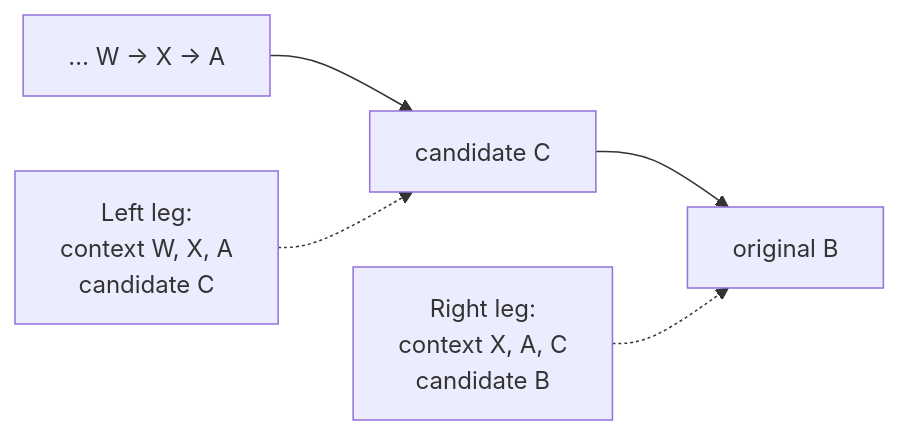
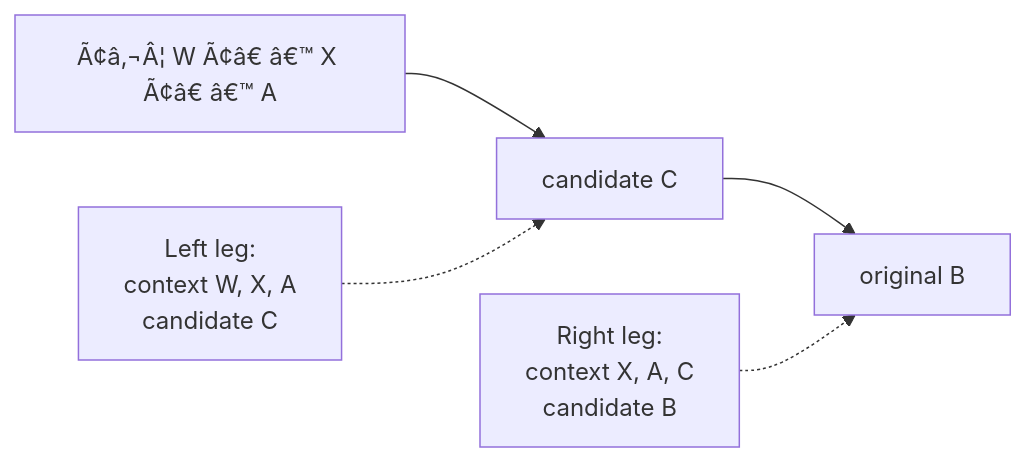
Before and after one commit to chrober/lms-better-call-bliss: the third of 8 diagrams in ALGORITHMS.md, drawn with Mermaid. The commit also changed other lines of this file and 10 other files, not shown here.

```diff
--- a/ALGORITHMS.md
+++ b/ALGORITHMS.md
@@ -230,7 +230,7 @@
 ~~~mermaid
 flowchart LR
-    P["… W → X → A"] --> C["candidate C"]
+    P["Ã¢â‚¬Â¦ W Ã¢â€ â€™ X Ã¢â€ â€™ A"] --> C["candidate C"]
     C --> B["original B"]
     L["Left leg:<br/>context W, X, A<br/>candidate C"] -.-> C
     R["Right leg:<br/>context X, A, C<br/>candidate B"] -.-> B
 ~~~
```
